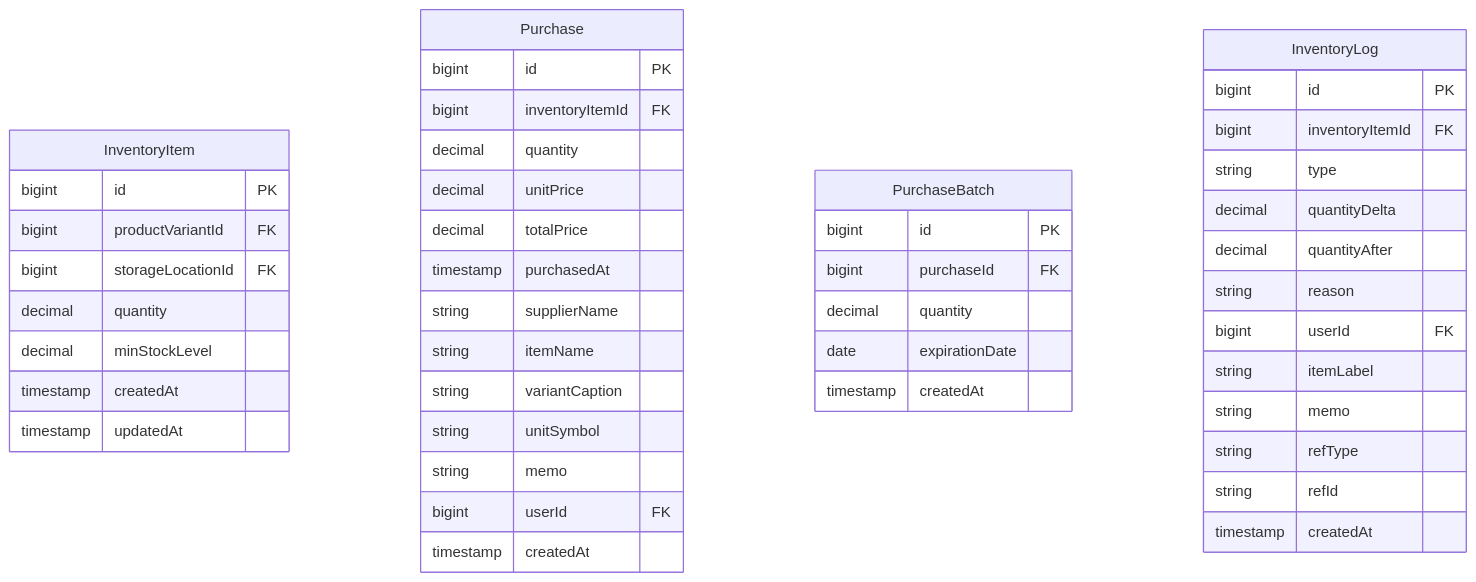
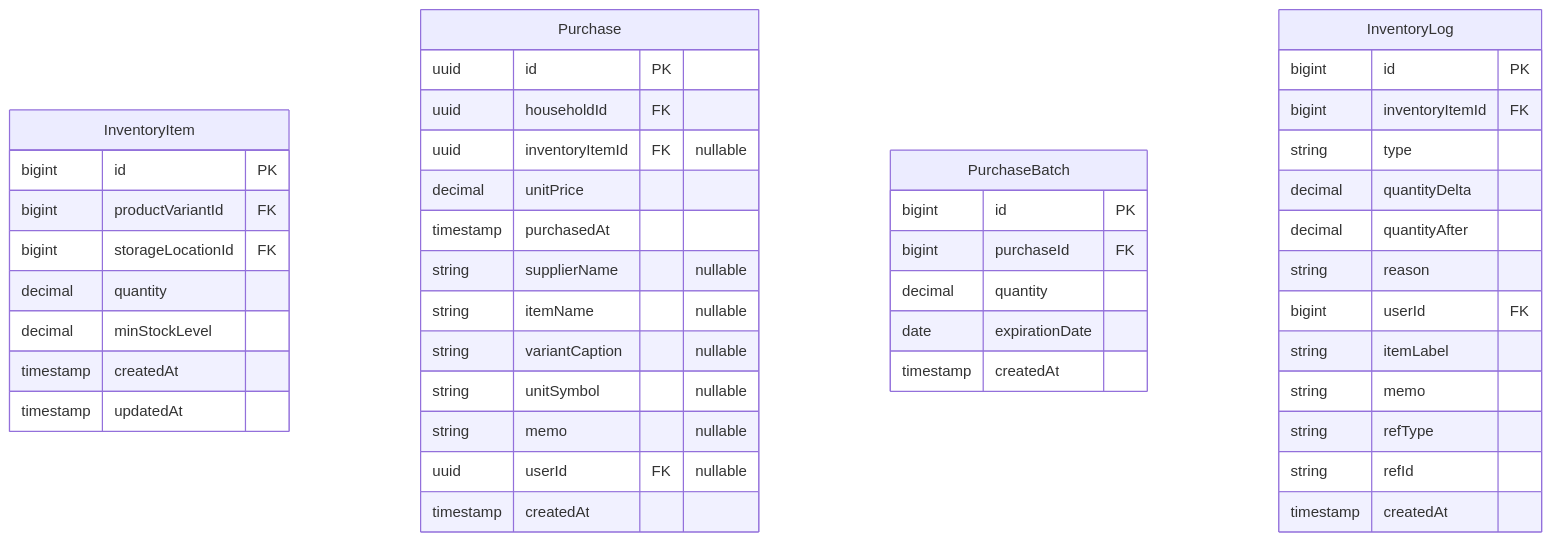
Before and after one commit to wukdddang/home-inventory-manager: the fifth of 7 diagrams in docs/design/v2/entity-logical-design.md, drawn with Mermaid. The commit also changed other lines of this file and 6 other files, not shown here.

````diff
--- a/docs/design/v2/entity-logical-design.md
+++ b/docs/design/v2/entity-logical-design.md
@@ -249,48 +256,47 @@
 ```mermaid
 erDiagram
     InventoryItem {
         bigint id PK
         bigint productVariantId FK
         bigint storageLocationId FK
         decimal quantity
         decimal minStockLevel
         timestamp createdAt
         timestamp updatedAt
     }
     Purchase {
-        bigint id PK
-        bigint inventoryItemId FK
-        decimal quantity
+        uuid id PK
+        uuid householdId FK
+        uuid inventoryItemId FK "nullable"
         decimal unitPrice
-        decimal totalPrice
         timestamp purchasedAt
-        string supplierName
-        string itemName
-        string variantCaption
-        string unitSymbol
-        string memo
-        bigint userId FK
+        string supplierName "nullable"
+        string itemName "nullable"
+        string variantCaption "nullable"
+        string unitSymbol "nullable"
+        string memo "nullable"
+        uuid userId FK "nullable"
         timestamp createdAt
     }
     PurchaseBatch {
         bigint id PK
         bigint purchaseId FK
         decimal quantity
         date expirationDate
         timestamp createdAt
     }
     InventoryLog {
         bigint id PK
         bigint inventoryItemId FK
         string type
         decimal quantityDelta
         decimal quantityAfter
         string reason
         bigint userId FK
         string itemLabel
         string memo
         string refType
         string refId
         timestamp createdAt
     }
 ```
````
